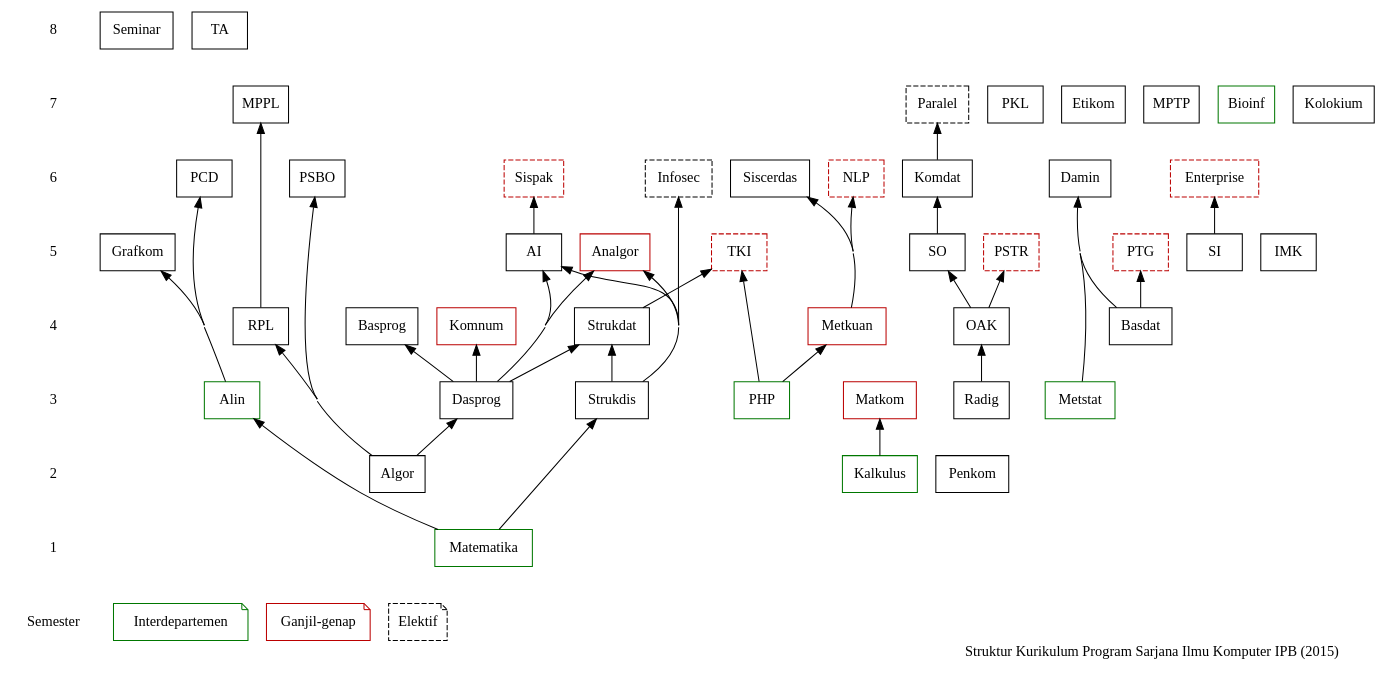
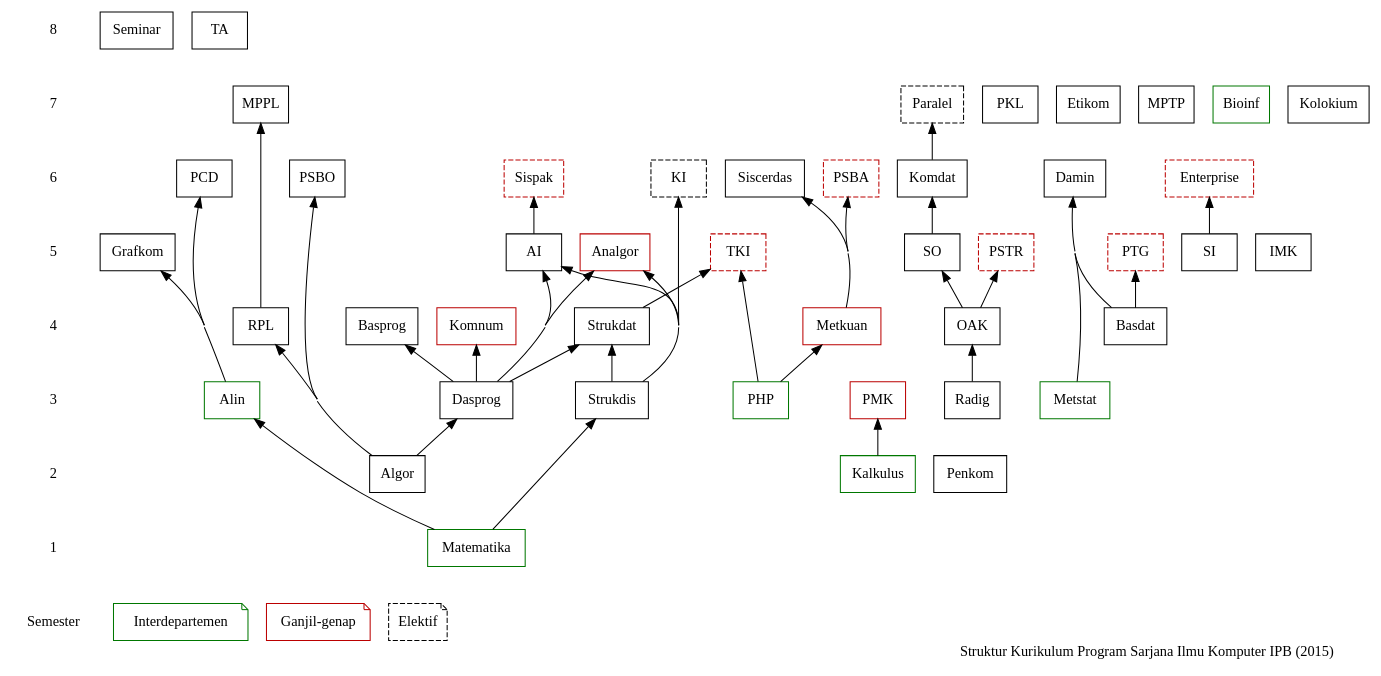
Before and after one commit to auriza/s1kom: the diagram in mk2015.dot, drawn with Graphviz. The commit also changed 5 other files, not shown here.

Commit message:
Change Matkom -> PMK, Infosec -> KI, NLP -> PSBA

```diff
--- a/mk2015.dot
+++ b/mk2015.dot
@@ -1,74 +1,74 @@
 digraph kom2015
 {
     node [shape="box"; fontname="Fira Sans"]
     edge [dir="back"]
     concentrate="true"
 
     # semester
     subgraph sem {
         node [shape="plaintext"]
         edge [style="invis"]
         8 -> 7 -> 6 -> 5 -> 4 -> 3 -> 2 -> 1 -> Semester
     }
 
     # mayor
     {rank="same" 1 Matematika}
     {rank="same" 2 Algor Kalkulus Penkom}
-    {rank="same" 3 Dasprog Alin Strukdis Radig Metstat PHP Matkom}
+    {rank="same" 3 Dasprog Alin Strukdis Radig Metstat PHP PMK}
     {rank="same" 4 Basprog Strukdat RPL OAK Basdat Metkuan Komnum}
     {rank="same" 5 AI Grafkom SO SI IMK Analgor}
     {rank="same" 6 PCD PSBO Komdat Damin Siscerdas}
     {rank="same" 7 PKL Etikom MPTP MPPL Bioinf Kolokium}
     {rank="same" 8 Seminar TA}
     Dasprog -> Algor
     Alin -> Matematika
     Strukdis -> Matematika
-    Matkom -> Kalkulus
+    PMK -> Kalkulus
     Basprog -> Dasprog
     OAK -> Radig
     Strukdat -> {Dasprog Strukdis}
     RPL -> Algor
     Komnum -> Dasprog
     Metkuan -> PHP
     AI -> {Dasprog Strukdis}        // -> Strukdat ?
     Grafkom -> Alin
     SO -> OAK
     Analgor -> {Dasprog Strukdis}   // -> Strukdat ?
     Komdat -> SO
     Siscerdas -> Metkuan
     PCD -> Alin
     Damin -> {Basdat Metstat}
     PSBO -> Algor
     MPPL -> RPL
 
     #interdep
     Matematika, Kalkulus, Metstat, Alin, PHP, Bioinf [color="#007700"]
 
     # elektif
-    PSTR, PTG, TKI, Infosec, Sispak, Enterprise, NLP, Paralel [style="dashed"]
+    PSTR, PTG, TKI, KI, Sispak, Enterprise, PSBA, Paralel [style="dashed"]
     {rank="same" 5 PSTR, PTG, TKI}
-    {rank="same" 6 Infosec, Sispak, Enterprise, NLP}
+    {rank="same" 6 KI, Sispak, Enterprise, PSBA}
     {rank="same" 7 Paralel}
     PSTR -> OAK
     PTG -> Basdat
     TKI -> {PHP Strukdat}
-    Infosec -> Strukdis
+    KI -> Strukdis
     Sispak -> AI
     Enterprise -> SI
-    NLP -> Metkuan
+    PSBA -> Metkuan
     Paralel -> Komdat
 
     # ganjil-genap
-    Matkom, Metkuan, Komnum, Analgor, PSTR, PTG, TKI, Sispak, Enterprise, NLP [color="#bb0000"]
+    PMK, Metkuan, Komnum, Analgor, PSTR, PTG, TKI, Sispak, Enterprise, PSBA [color="#bb0000"]
 
     # keterangan
     {rank="sink" Semester interdep ganjilgenap elektif}
     interdep [shape="note"; color="#007700"; label="Interdepartemen"]
     ganjilgenap [shape="note"; color="#bb0000"; label="Ganjil-genap";]
     elektif [shape="note"; style="dashed"; label="Elektif"]
 
     # title
     label="Struktur Kurikulum Program Sarjana Ilmu Komputer IPB (2015)"
     labeljust="r"
     fontname="Fira Sans"
 }
```
